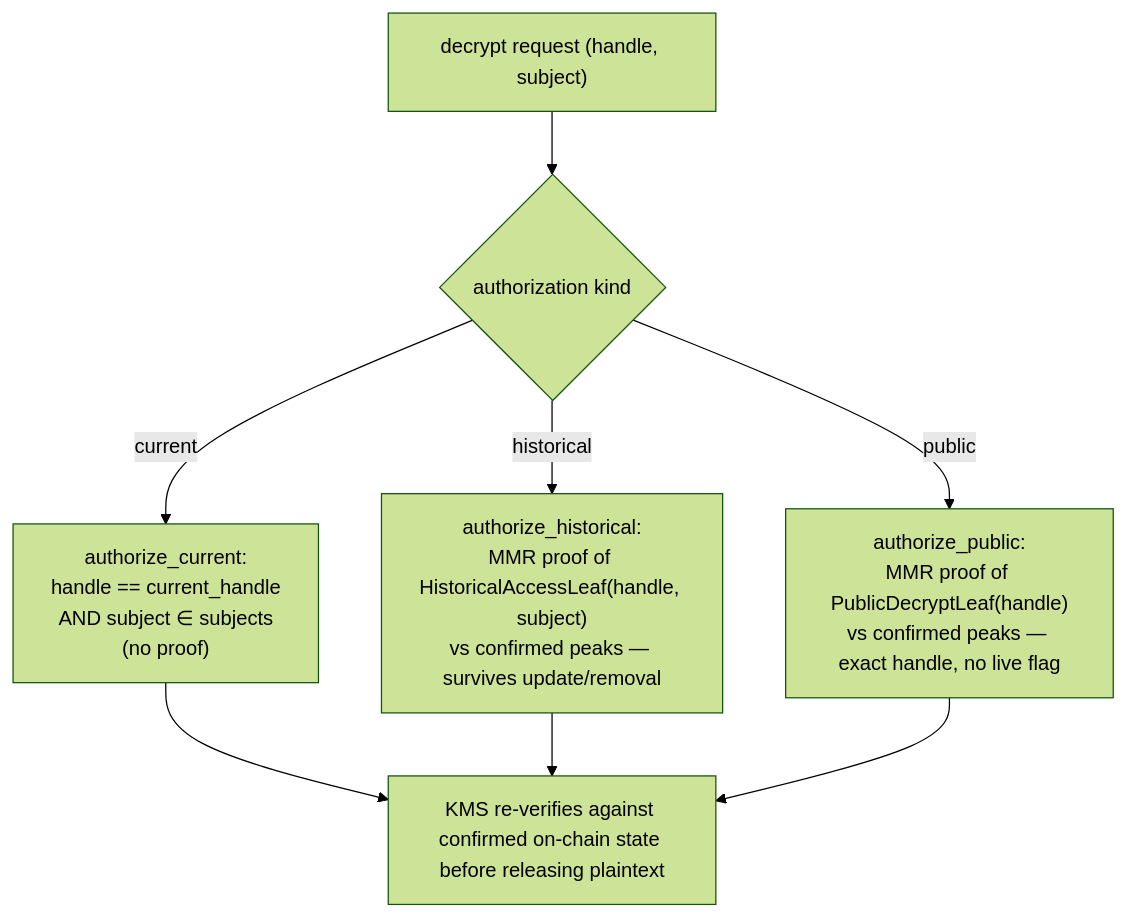
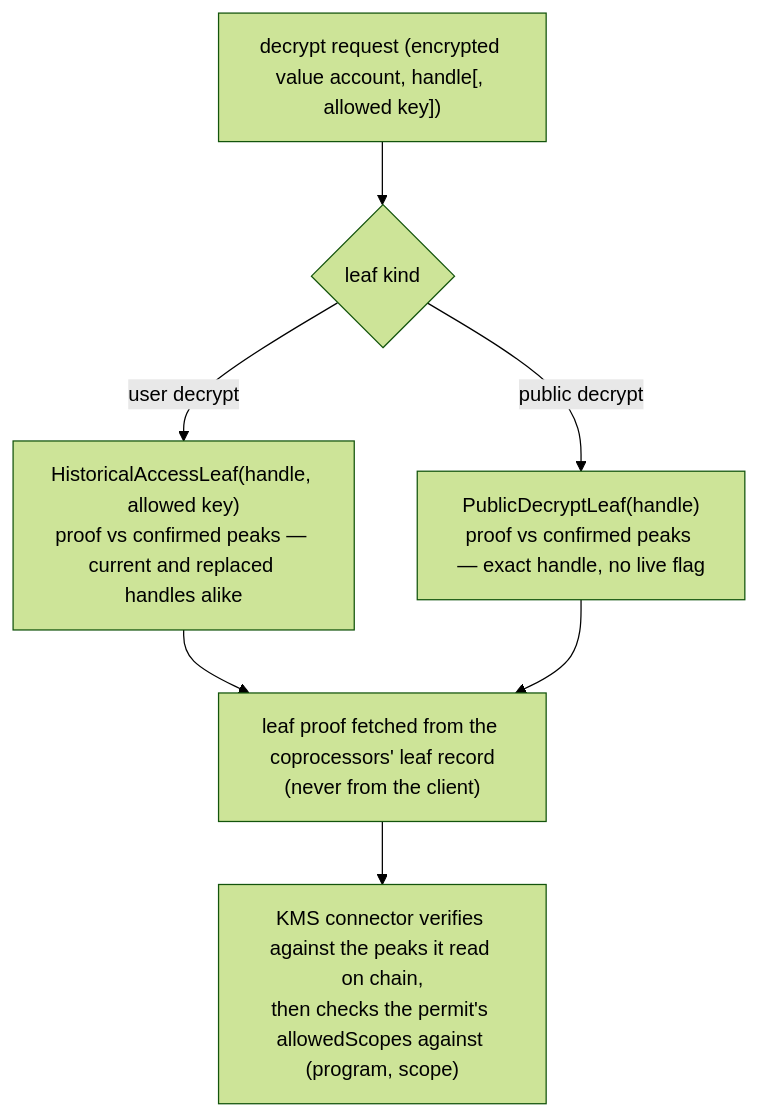
One commit to zama-ai/fhevm changed the fourth of 6 diagrams in solana/docs/MMR_ACL_MVP.md. Above: the diagram before and after it, drawn with Mermaid (forest theme). The commit also changed other lines of this file and 18 other files, not shown here.

````diff
--- a/solana/docs/MMR_ACL_MVP.md
+++ b/solana/docs/MMR_ACL_MVP.md
@@ -141,8 +139,8 @@
 ```mermaid
 flowchart TD
-    req["decrypt request (handle, subject)"] --> kind{authorization kind}
-    kind -->|"current"| ac["authorize_current:<br/>handle == current_handle<br/>AND subject ∈ subjects<br/>(no proof)"]
-    kind -->|"historical"| ah["authorize_historical:<br/>MMR proof of HistoricalAccessLeaf(handle, subject)<br/>vs confirmed peaks — survives update/removal"]
-    kind -->|"public"| ap["authorize_public:<br/>MMR proof of PublicDecryptLeaf(handle)<br/>vs confirmed peaks — exact handle, no live flag"]
-    ac & ah & ap --> kms["KMS re-verifies against confirmed on-chain state before releasing plaintext"]
+    req["decrypt request (encrypted value account, handle[, allowed key])"] --> kind{leaf kind}
+    kind -->|"user decrypt"| ah["HistoricalAccessLeaf(handle, allowed key)<br/>proof vs confirmed peaks — current and replaced handles alike"]
+    kind -->|"public decrypt"| ap["PublicDecryptLeaf(handle)<br/>proof vs confirmed peaks — exact handle, no live flag"]
+    ah & ap --> rec["leaf proof fetched from the coprocessors' leaf record<br/>(never from the client)"]
+    rec --> kms["KMS connector verifies against the peaks it read on chain,<br/>then checks the permit's allowedScopes against (program, scope)"]
 ```
````
